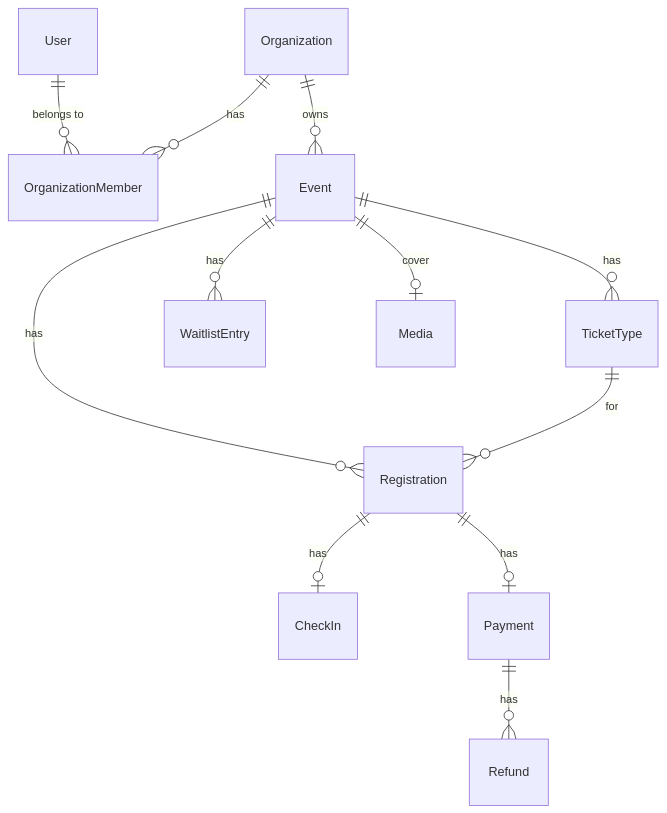
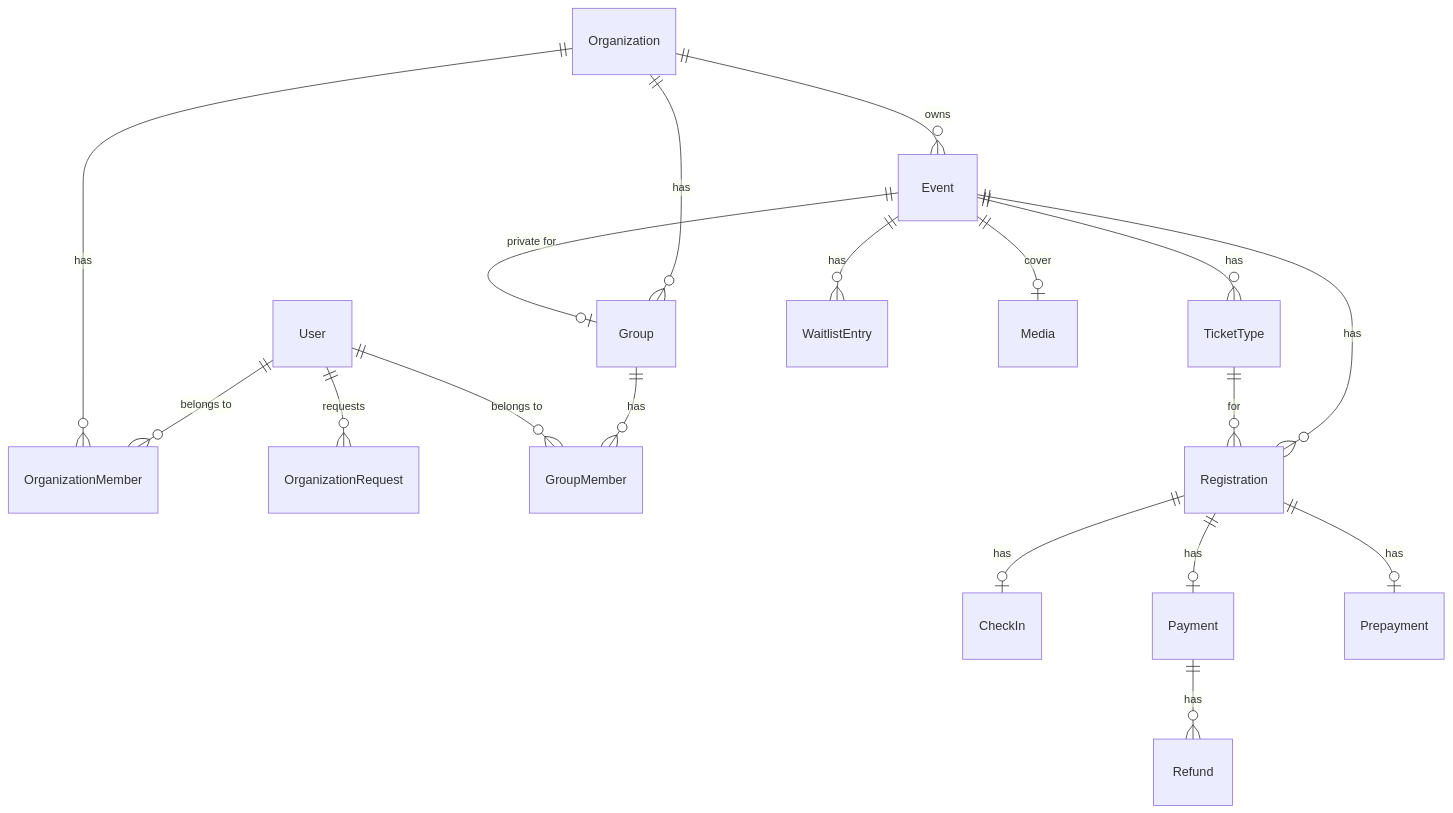
Before and after one commit to egorov-ma/aqstream: diagram 23 of 23 in docs/data/domain-model.md, drawn with Mermaid. The commit also changed other lines of this file and 47 other files, not shown here.

````diff
--- a/docs/data/domain-model.md
+++ b/docs/data/domain-model.md
@@ -610,14 +815,20 @@
 ```mermaid
 erDiagram
     User ||--o{ OrganizationMember : "belongs to"
+    User ||--o{ OrganizationRequest : "requests"
     Organization ||--o{ OrganizationMember : "has"
+    Organization ||--o{ Group : "has"
     Organization ||--o{ Event : "owns"
+    Group ||--o{ GroupMember : "has"
+    User ||--o{ GroupMember : "belongs to"
+    Event ||--o| Group : "private for"
     Event ||--o{ TicketType : "has"
     Event ||--o{ Registration : "has"
     TicketType ||--o{ Registration : "for"
     Registration ||--o| CheckIn : "has"
     Registration ||--o| Payment : "has"
+    Registration ||--o| Prepayment : "has"
     Payment ||--o{ Refund : "has"
     Event ||--o{ WaitlistEntry : "has"
     Event ||--o| Media : "cover"
 ```
````
